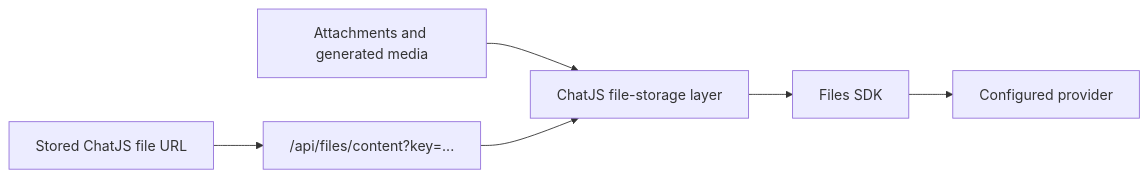
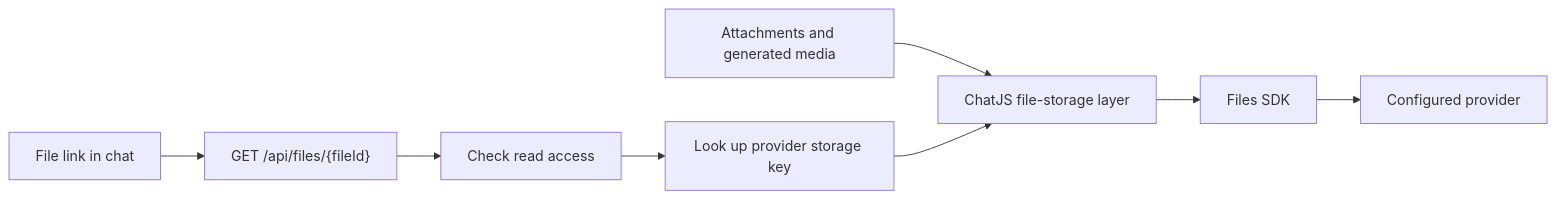
The diagram in apps/docs/storage/index.mdx (FranciscoMoretti/chat-js), drawn with Mermaid before and after one commit. The commit also changed other lines of this file and 162 other files, not shown here.

````diff
--- a/apps/docs/storage/index.mdx
+++ b/apps/docs/storage/index.mdx
@@ -101,8 +102,10 @@
 ```mermaid
 flowchart LR
     Features["Attachments and generated media"] --> Storage["ChatJS file-storage layer"]
     Storage --> SDK["Files SDK"]
     SDK --> Provider["Configured provider"]
-    Database["Stored ChatJS file URL"] --> Route["/api/files/content?key=..."]
-    Route --> Storage
+    Message["File link in chat"] --> Route["GET /api/files/{fileId}"]
+    Route --> Access["Check read access"]
+    Access --> Record["Look up provider storage key"]
+    Record --> Storage
 ```
````
